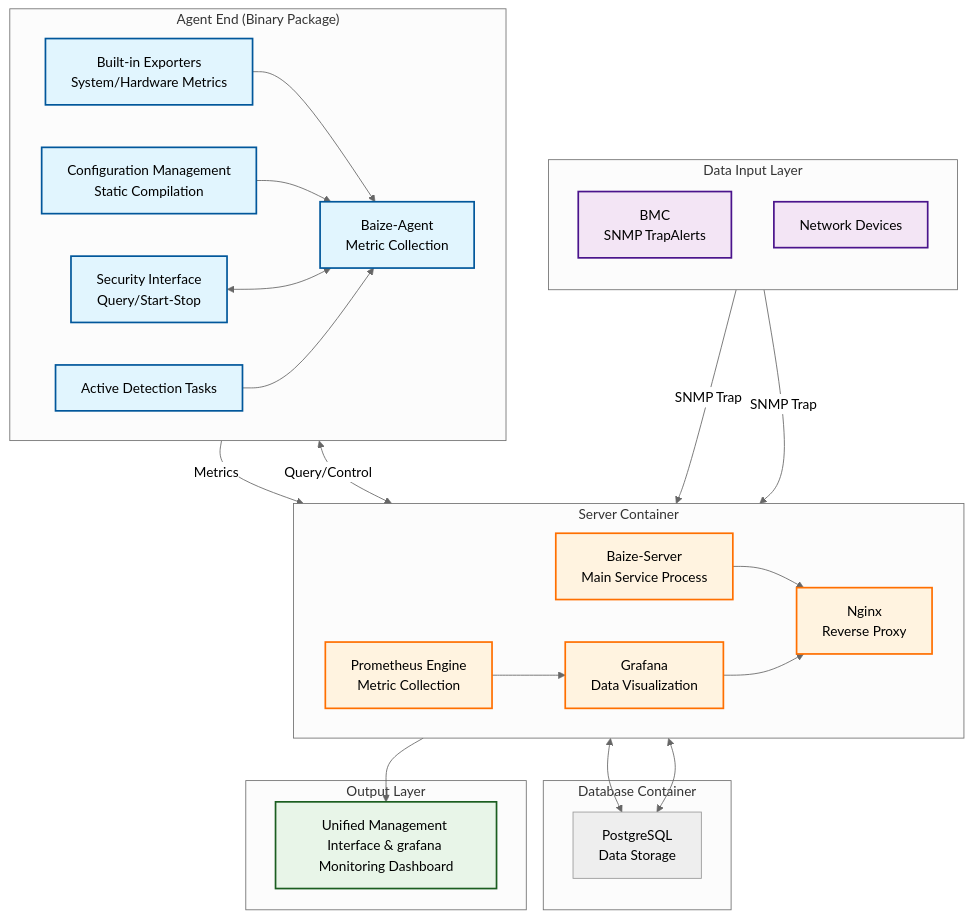
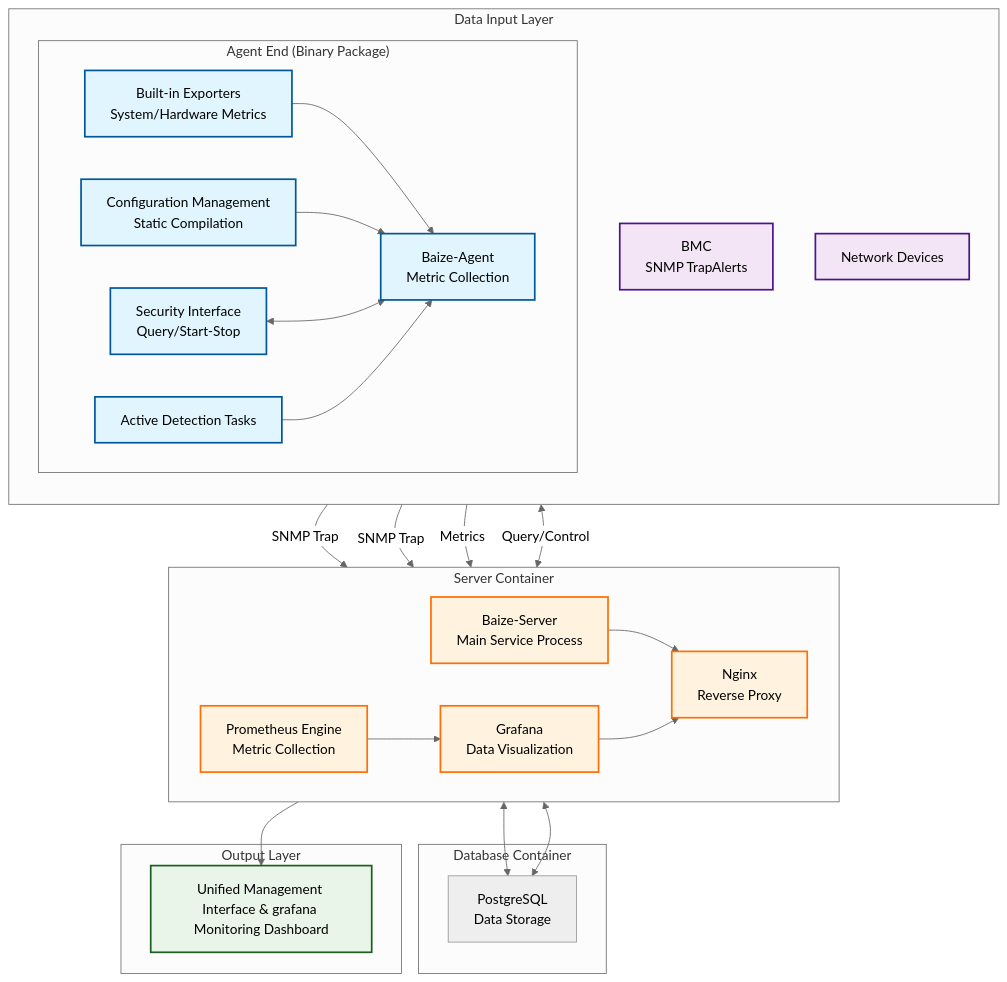
One commit to tokyoyoyo/baize-monitor changed the diagram in README.md. Above: the diagram before and after it, drawn with Mermaid (neutral theme). The commit also changed 1 other file, not shown here.

Commit message:
``` docs(readme): fix mermaid diagram indentation in both English and Chinese versions
- Corrected the indentation of the subgraph block in README.md to properly align
  the Agent End section within the mermaid diagram
- Fixed similar indentation issue in README_CN.md for the Agent端 section
- Ensured proper closing of the subgraph block with correct spacing and alignment
```

````diff
--- a/README.md
+++ b/README.md
@@ -36,67 +36,67 @@
 ```mermaid
 graph TB
    %% Style definitions
    classDef core fill:#e1f5fe,stroke:#01579b,stroke-width:2px
    classDef input fill:#f3e5f5,stroke:#4a148c,stroke-width:2px
    classDef container fill:#fff3e0,stroke:#ff6f00,stroke-width:2px
    classDef output fill:#e8f5e8,stroke:#1b5e20,stroke-width:2px
 
    %% Data Input Layer - Top
    subgraph "Data Input Layer"
       direction TB
       A1[BMC<br/>SNMP TrapAlerts]
       A2[Network Devices]
-   end
 
-   %% Agent End - Below Input Layer, as main data source
-   subgraph "Agent End (Binary Package)"
-      direction LR
-      C1[Built-in Exporters<br/>System/Hardware Metrics]
-      C2[Configuration Management<br/>Static Compilation]
-      C3[Security Interface<br/>Query/Start-Stop]
-      C4[Active Detection Tasks]
-      A3[Baize-Agent<br/>Metric Collection]
-      C1 --> A3
-      C2 --> A3
-      C3 <--> A3
-      C4 --> A3
+      %% Agent End - Below Input Layer, as main data source
+      subgraph "Agent End (Binary Package)"
+         direction LR
+         C1[Built-in Exporters<br/>System/Hardware Metrics]
+         C2[Configuration Management<br/>Static Compilation]
+         C3[Security Interface<br/>Query/Start-Stop]
+         C4[Active Detection Tasks]
+         A3[Baize-Agent<br/>Metric Collection]
+         C1 --> A3
+         C2 --> A3
+         C3 <--> A3
+         C4 --> A3
+      end
    end
 
    %% Server Container - Horizontal arrangement
    subgraph "Server Container"
       direction LR
       B2[Prometheus Engine<br/>Metric Collection]
       B1[Baize-Server<br/>Main Service Process]
       B3[Grafana<br/>Data Visualization]
       B5[Nginx<br/>Reverse Proxy]
    end
 
    %% Database Container
    subgraph "Database Container"
       B4[PostgreSQL<br/>Data Storage]
    end
 
    %% Output Layer - Bottom
    subgraph "Output Layer"
       D1[Unified Management Interface & grafana Monitoring Dashboard]
    end
 
    %% Connections
    A1 -->|SNMP Trap| B1
    A2 -->|SNMP Trap| B1
    A3 -->|Metrics| B2
    C3 <-->|Query/Control| B1
    B1 <--> B4
    B3 <--> B4
    B1 --> B5
    B3 --> B5
    B5 --> D1
    B2 --> B3
 
    class B1,B2,B3,B5 container
    class B4 database
    class A1,A2 input
    class C1,C2,C3,C4,A3 core
    class D1 output
 
 ```
````
